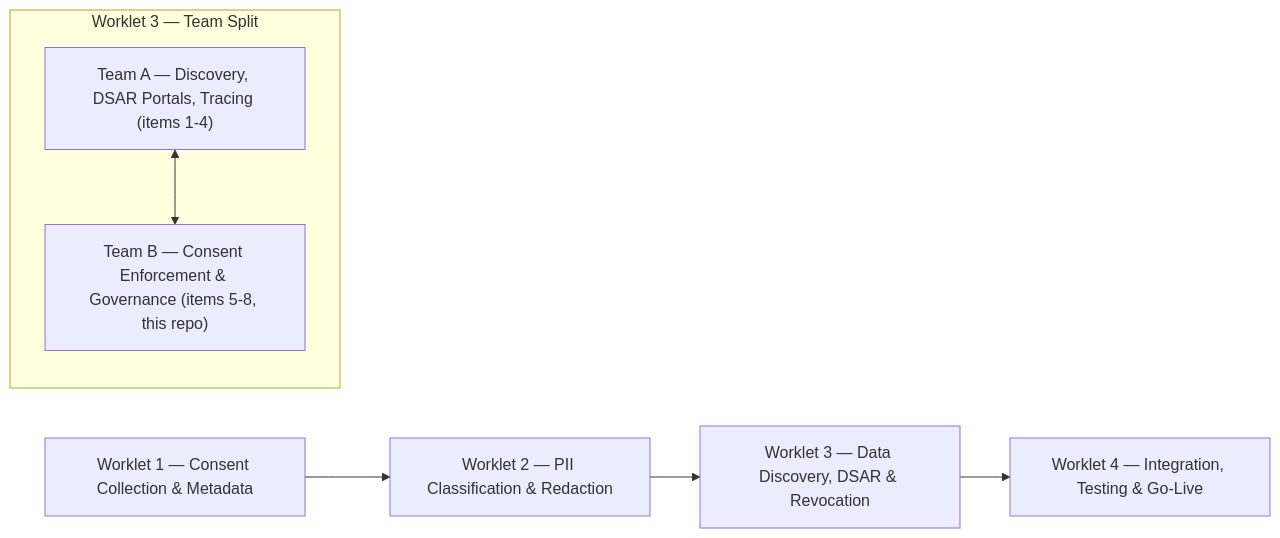
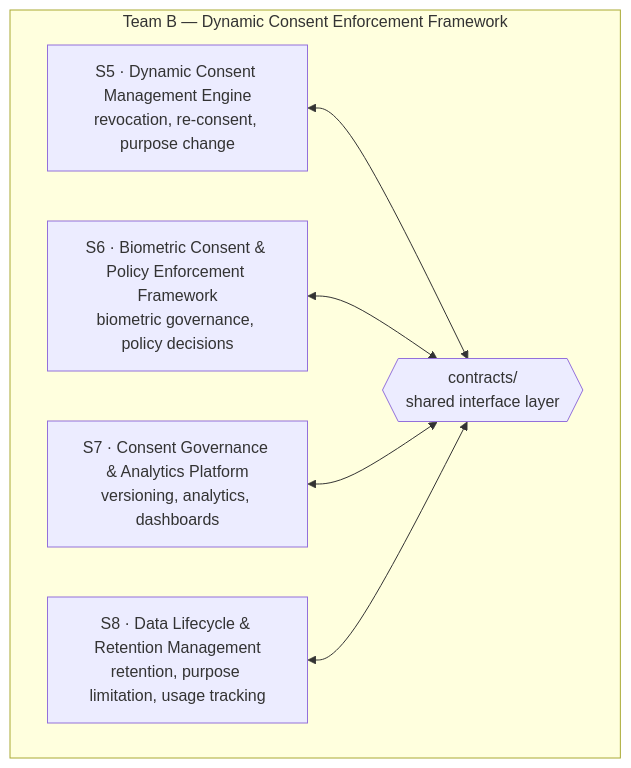
Before and after one commit to VishaalPillay/Samsung-Prism-Research: the first of 2 diagrams in README.md, drawn with Mermaid. The commit also changed other lines of this file, not shown here.

````diff
--- a/README.md
+++ b/README.md
@@ -60,12 +70,15 @@
 ```mermaid
-flowchart LR
-    W1["Worklet 1 — Consent Collection & Metadata"] --> W2["Worklet 2 — PII Classification & Redaction"]
-    W2 --> W3["Worklet 3 — Data Discovery, DSAR & Revocation"]
-    W3 --> W4["Worklet 4 — Integration, Testing & Go-Live"]
+flowchart TB
+    subgraph TEAMB["Team B — Dynamic Consent Enforcement Framework"]
+        S5["S5 · Dynamic Consent Management Engine<br/>revocation, re-consent, purpose change"]
+        S6["S6 · Biometric Consent & Policy Enforcement Framework<br/>biometric governance, policy decisions"]
+        CONTRACTS{{"contracts/<br/>shared interface layer"}}
+        S7["S7 · Consent Governance & Analytics Platform<br/>versioning, analytics, dashboards"]
+        S8["S8 · Data Lifecycle & Retention Management<br/>retention, purpose limitation, usage tracking"]
+    end
 
-    subgraph W3DETAIL["Worklet 3 — Team Split"]
-        TA["Team A — Discovery, DSAR Portals, Tracing (items 1-4)"]
-        TB["Team B — Consent Enforcement & Governance (items 5-8, this repo)"]
-        TA <--> TB
-    end
+    S5 <--> CONTRACTS
+    S6 <--> CONTRACTS
+    S7 <--> CONTRACTS
+    S8 <--> CONTRACTS
 ```
````
